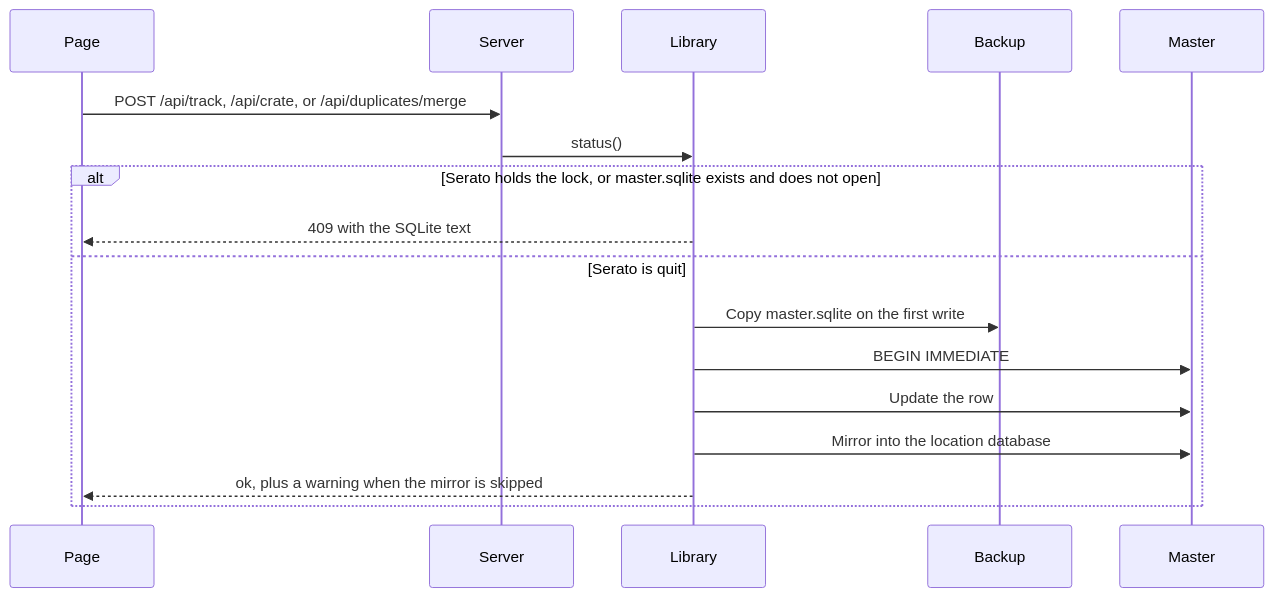
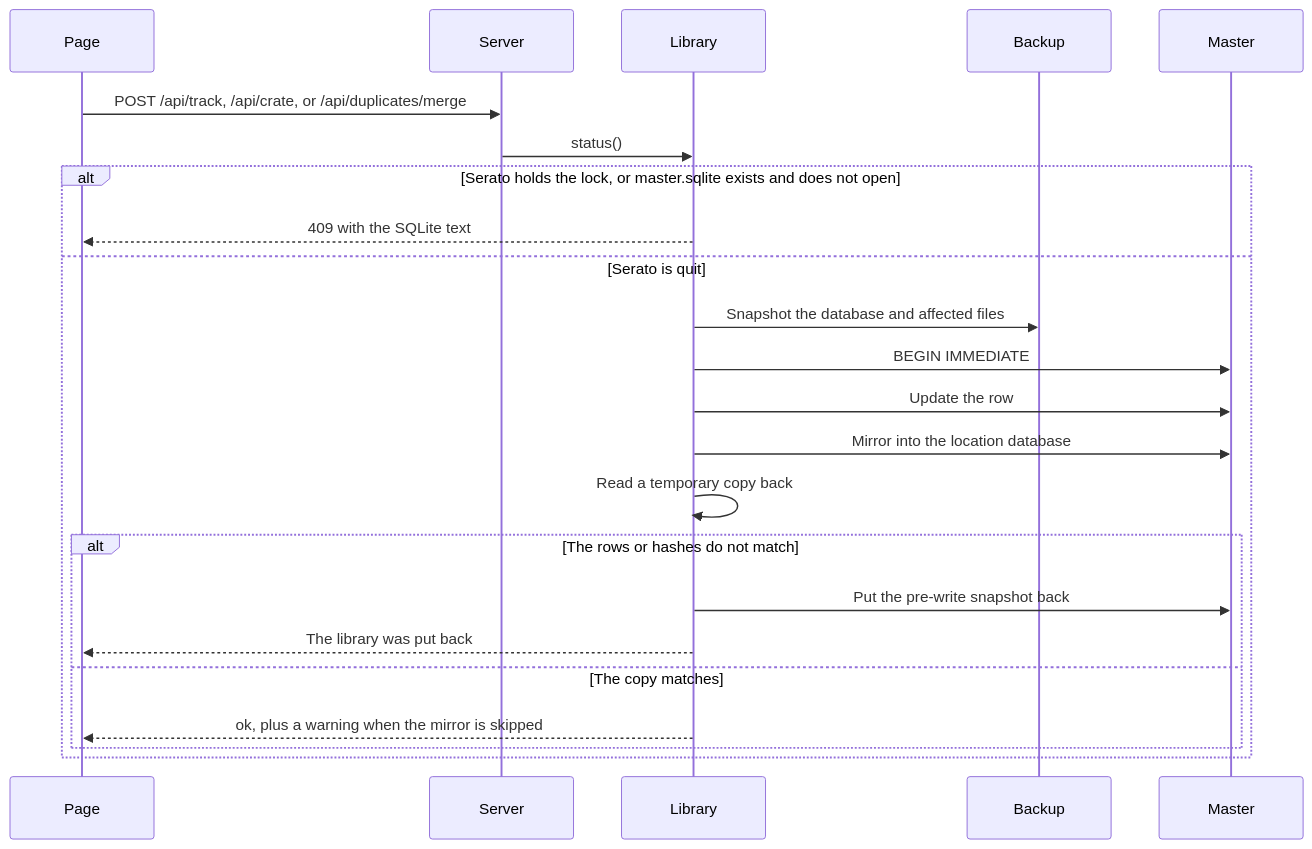
The second of 2 diagrams in docs/architecture.md (mookiejones/crateCraft), drawn with Mermaid before and after one commit. The commit also changed other lines of this file and 34 other files, not shown here.

````diff
--- a/docs/architecture.md
+++ b/docs/architecture.md
@@ -465,20 +468,26 @@
 ```mermaid
 sequenceDiagram
 participant Page
 participant Server
 participant Library
 participant Backup
 participant Master
 
 Page->>Server: POST /api/track, /api/crate, or /api/duplicates/merge
 Server->>Library: status()
 alt Serato holds the lock, or master.sqlite exists and does not open
 Library-->>Page: 409 with the SQLite text
 else Serato is quit
-Library->>Backup: Copy master.sqlite on the first write
+Library->>Backup: Snapshot the database and affected files
 Library->>Master: BEGIN IMMEDIATE
 Library->>Master: Update the row
 Library->>Master: Mirror into the location database
+Library->>Library: Read a temporary copy back
+alt The rows or hashes do not match
+Library->>Master: Put the pre-write snapshot back
+Library-->>Page: The library was put back
+else The copy matches
 Library-->>Page: ok, plus a warning when the mirror is skipped
 end
+end
 ```
````
